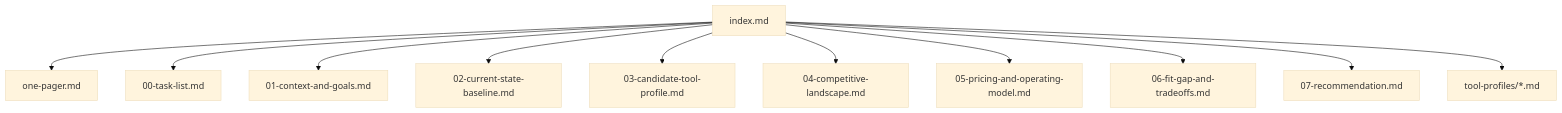
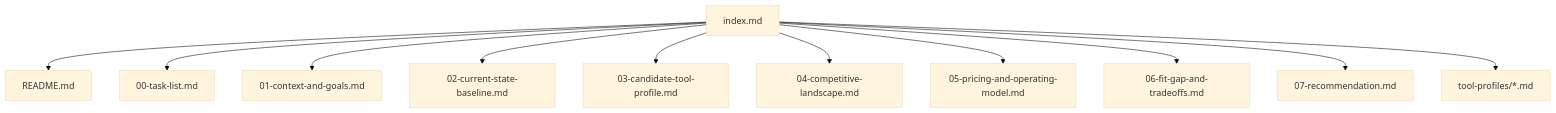
Before and after one commit to svenmalvik/tool_researcher: the diagram in .agents/skills/tool-research-publishing/assets/index-template.md, drawn with Mermaid (base theme). The commit also changed other lines of this file and 10 other files, not shown here.

````diff
--- a/.agents/skills/tool-research-publishing/assets/index-template.md
+++ b/.agents/skills/tool-research-publishing/assets/index-template.md
@@ -36,13 +37,13 @@
 ```mermaid
 flowchart TD
-    A[index.md] --> B[one-pager.md]
+    A[index.md] --> B[README.md]
     A --> B1[00-task-list.md]
     A --> C[01-context-and-goals.md]
     A --> D[02-current-state-baseline.md]
     A --> E[03-candidate-tool-profile.md]
     A --> F[04-competitive-landscape.md]
     A --> G[05-pricing-and-operating-model.md]
     A --> H[06-fit-gap-and-tradeoffs.md]
     A --> I[07-recommendation.md]
     A --> J[tool-profiles/*.md]
 ```
````
